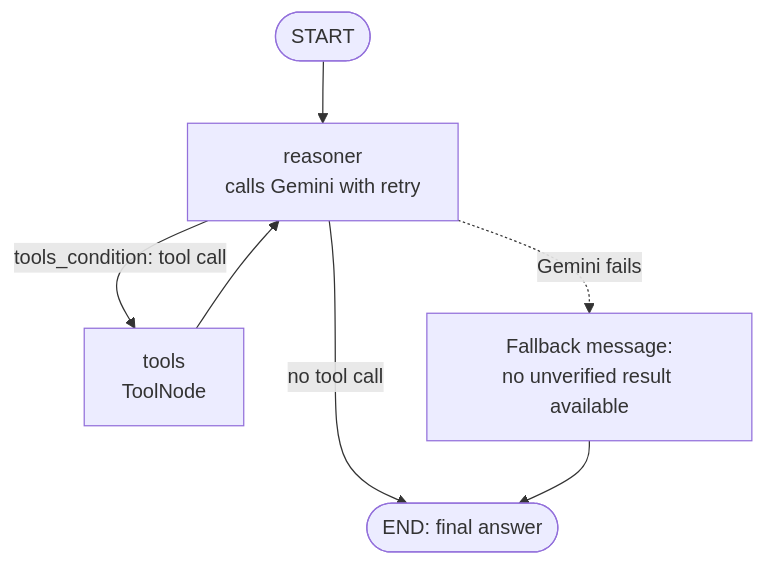
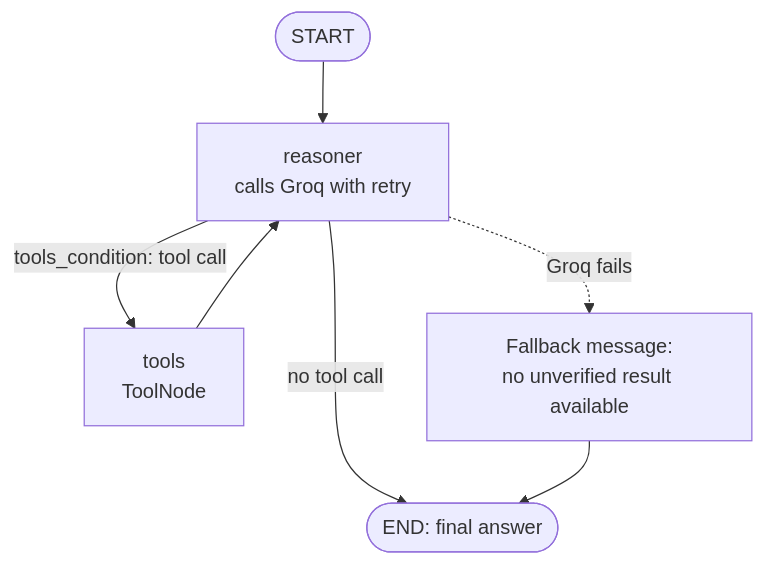
Before and after one commit to Nagendrakumarkv/FDE_COLD_CHAIN_AI: the third of 8 diagrams in context/workflow.md, drawn with Mermaid. The commit also changed other lines of this file and 19 other files, not shown here.

````diff
--- a/context/workflow.md
+++ b/context/workflow.md
@@ -59,9 +59,9 @@
 ```mermaid
 flowchart TD
-    S([START]) --> R[reasoner<br/>calls Gemini with retry]
+    S([START]) --> R[reasoner<br/>calls Groq with retry]
     R -->|tools_condition: tool call| TN[tools<br/>ToolNode]
     TN --> R
     R -->|no tool call| E([END: final answer])
-    R -.->|Gemini fails| F[Fallback message:<br/>no unverified result available]
+    R -.->|Groq fails| F[Fallback message:<br/>no unverified result available]
     F --> E
 ```
````
